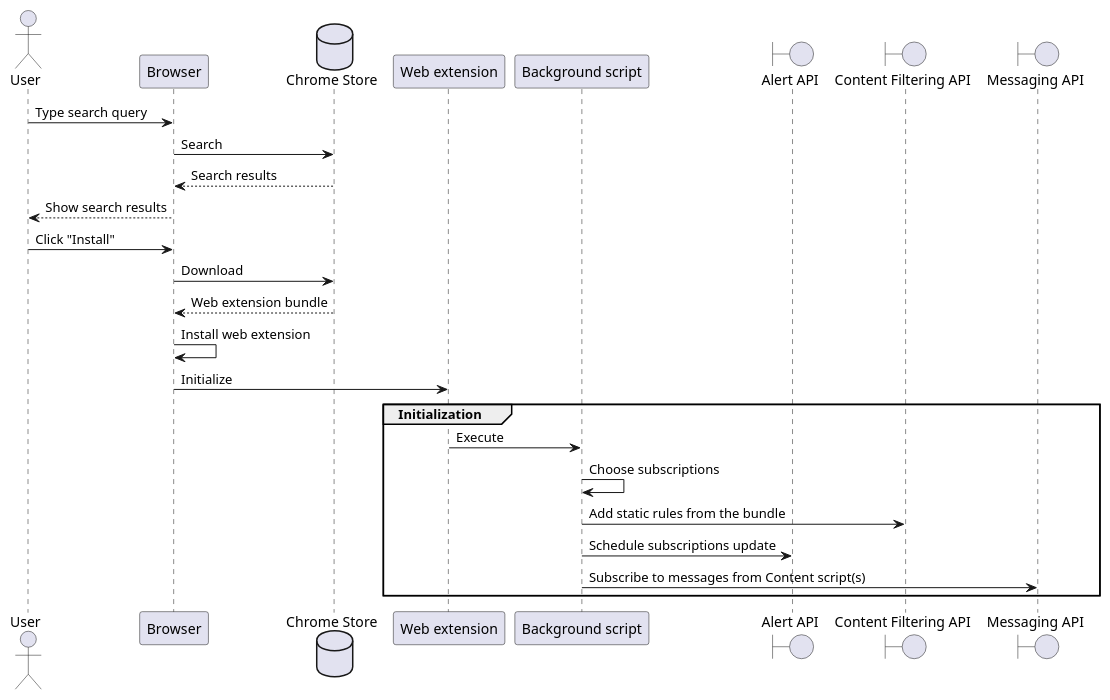
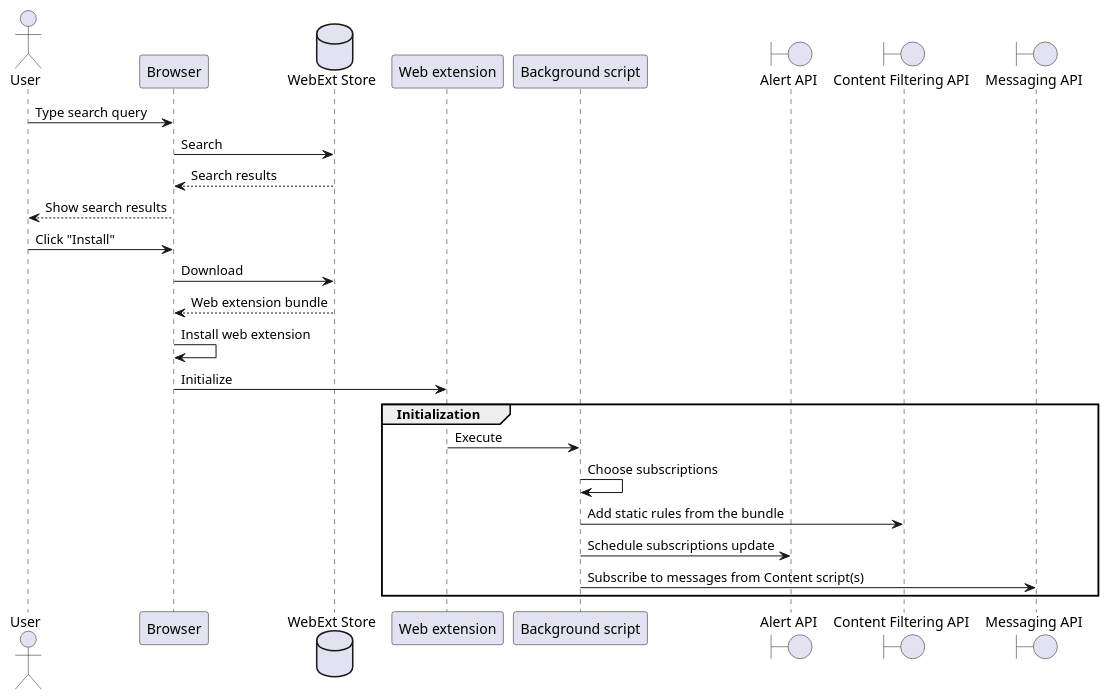
Before and after one commit to 4ntoine/mv3_spec_c4: the diagram in use_case_webext_installation.puml, drawn with PlantUML. The commit also changed 1 other file, not shown here.

Commit message:
WebExt instead of Chrome

```diff
--- a/use_case_webext_installation.puml
+++ b/use_case_webext_installation.puml
@@ -1,29 +1,29 @@
 @startuml
 
 actor       User                 as user
 participant Browser              as browser
-database    "Chrome Store"       as store
+database    "WebExt Store"       as store
 participant "Web extension"      as webext
 participant "Background script"  as bgScript
 boundary "Alert API"             as schedulerApi
 boundary "Content Filtering API" as cfApi
 boundary "Messaging API"         as messagingApi
 
 user -> browser : Type search query 
 browser -> store : Search 
 return Search results
 browser --> user : Show search results
 user -> browser : Click "Install"
 browser -> store : Download
 return Web extension bundle
 browser -> browser : Install web extension
 browser -> webext : Initialize
 group Initialization
     webext -> bgScript : Execute
     bgScript -> bgScript : Choose subscriptions
     bgScript -> cfApi : Add static rules from the bundle
     bgScript -> schedulerApi : Schedule subscriptions update
     bgScript -> messagingApi : Subscribe to messages from Content script(s)
 end
 
 @enduml
```
